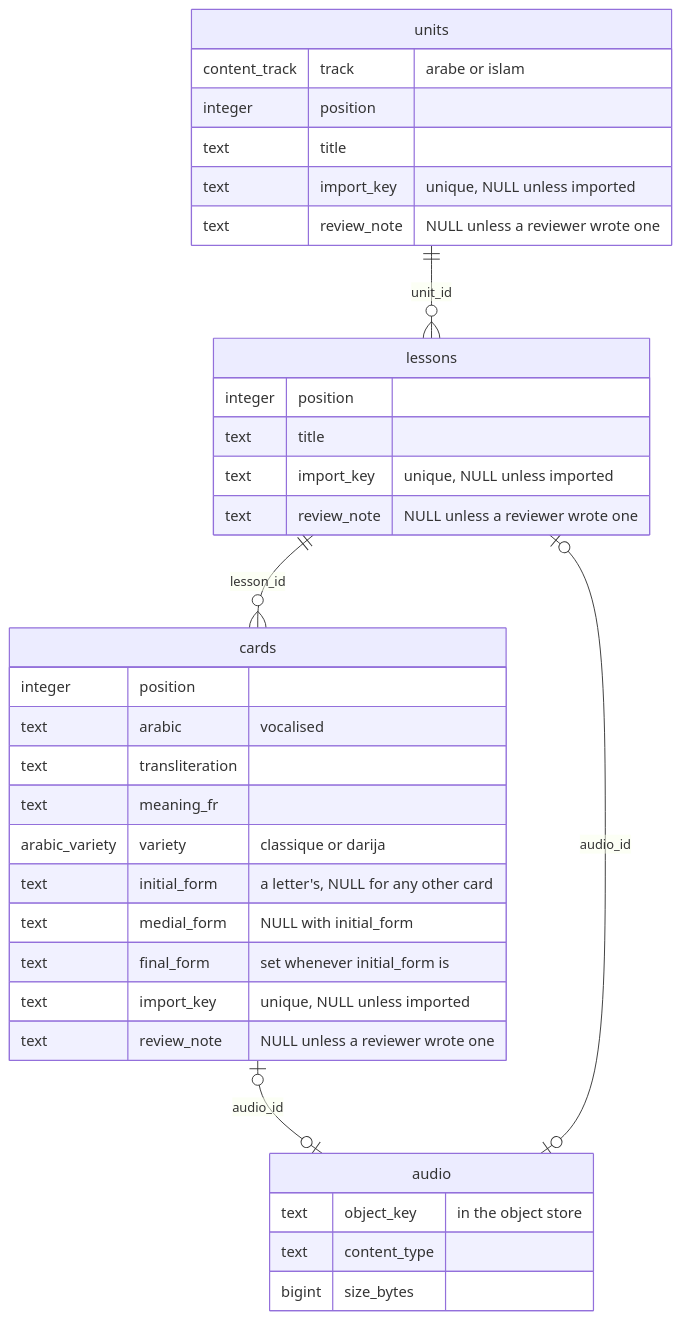
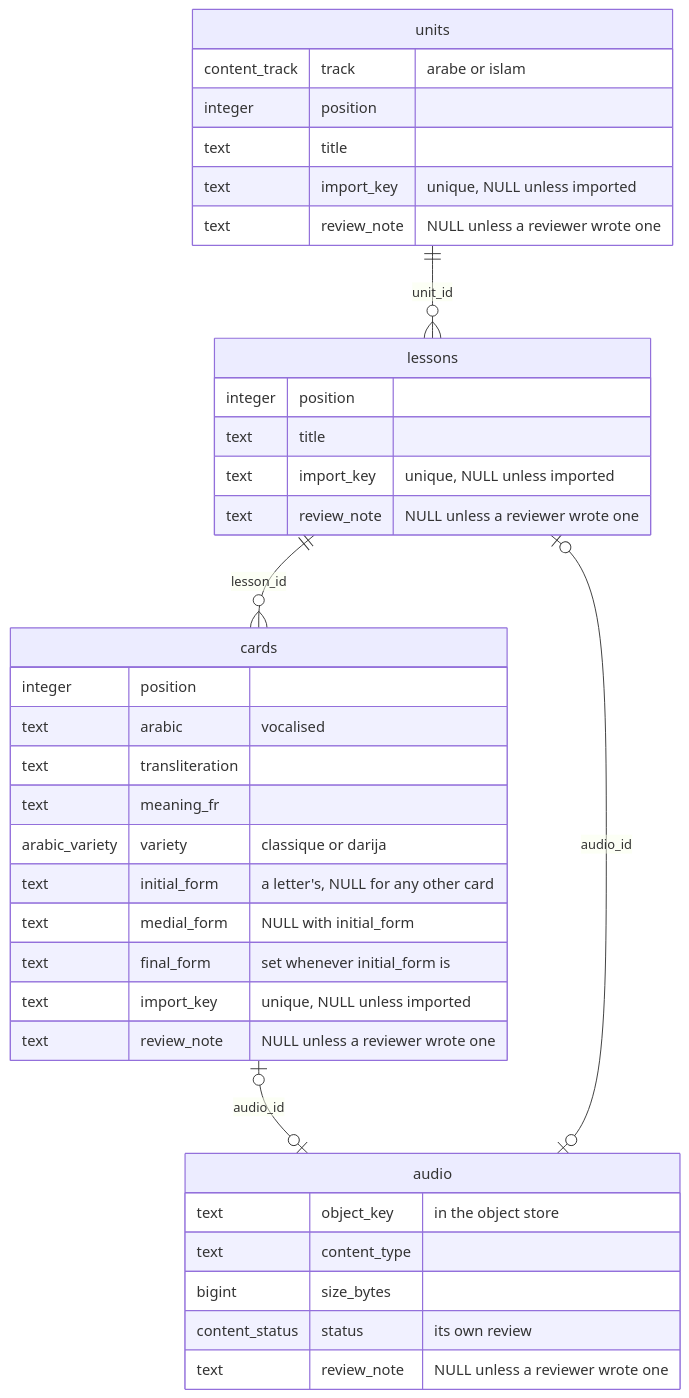
One commit to therealm-tech/convertisseur changed the second of 7 diagrams in ARCHITECTURE.md. Above: the diagram before and after it, drawn with Mermaid. The commit also changed other lines of this file and 1 other file, not shown here.

Commit message:
docs: describe the recording's own review

````diff
--- a/ARCHITECTURE.md
+++ b/ARCHITECTURE.md
@@ -186,37 +186,39 @@
 ```mermaid
 erDiagram
     units ||--o{ lessons : "unit_id"
     lessons ||--o{ cards : "lesson_id"
     cards |o--o| audio : "audio_id"
     lessons |o--o| audio : "audio_id"
     units {
         content_track track "arabe or islam"
         integer position
         text title
         text import_key "unique, NULL unless imported"
         text review_note "NULL unless a reviewer wrote one"
     }
     lessons {
         integer position
         text title
         text import_key "unique, NULL unless imported"
         text review_note "NULL unless a reviewer wrote one"
     }
     cards {
         integer position
         text arabic "vocalised"
         text transliteration
         text meaning_fr
         arabic_variety variety "classique or darija"
         text initial_form "a letter's, NULL for any other card"
         text medial_form "NULL with initial_form"
         text final_form "set whenever initial_form is"
         text import_key "unique, NULL unless imported"
         text review_note "NULL unless a reviewer wrote one"
     }
     audio {
         text object_key "in the object store"
         text content_type
         bigint size_bytes
+        content_status status "its own review"
+        text review_note "NULL unless a reviewer wrote one"
     }
 ```
````
